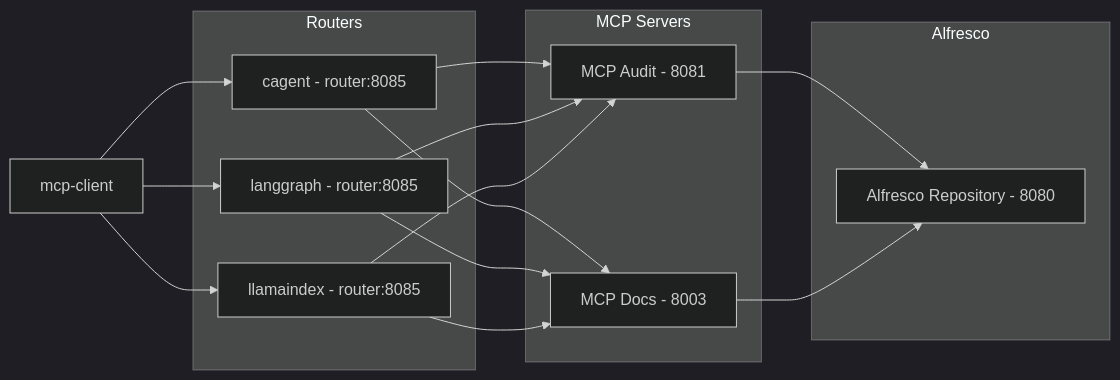
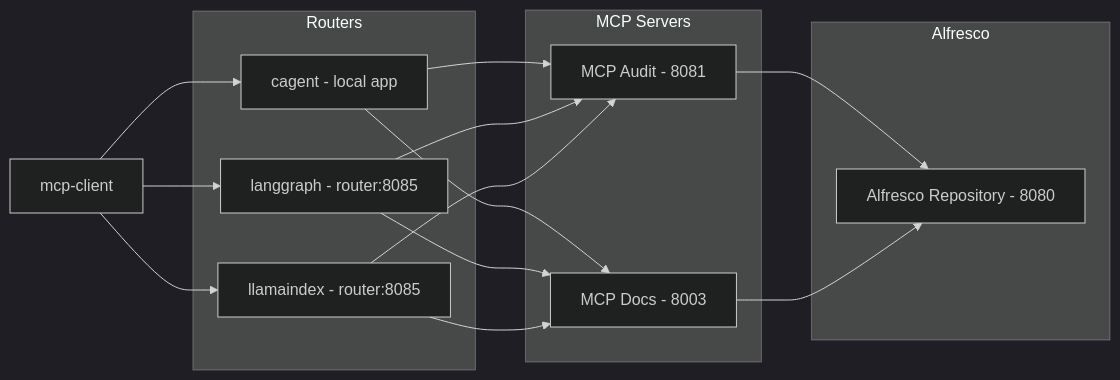
Before and after one commit to aborroy/simple-alfresco-agent-mesh: the diagram in README.md, drawn with Mermaid (dark theme).

`````diff
--- a/README.md
+++ b/README.md
@@ -43,38 +43,38 @@
 ```mermaid
 flowchart LR
   %% Client
   C[mcp-client]
 
   %% Routers
   subgraph Routers
-    CA[cagent - router:8085]
+    CA[cagent - local app]
     LG[langgraph - router:8085]
     LI[llamaindex - router:8085]
   end
 
   %% MCP backends
   subgraph MCP["MCP Servers"]
     AU[MCP Audit - 8081]
     DO[MCP Docs - 8003]
   end
 
   %% Alfresco core
   subgraph Alfresco
     RE[Alfresco Repository - 8080]
   end
 
   %% Connections
   C --> CA
   C --> LG
   C --> LI
 
   CA --> AU
   CA --> DO
   LG --> AU
   LG --> DO
   LI --> AU
   LI --> DO
 
   AU --> RE
   DO --> RE
 ````
`````
